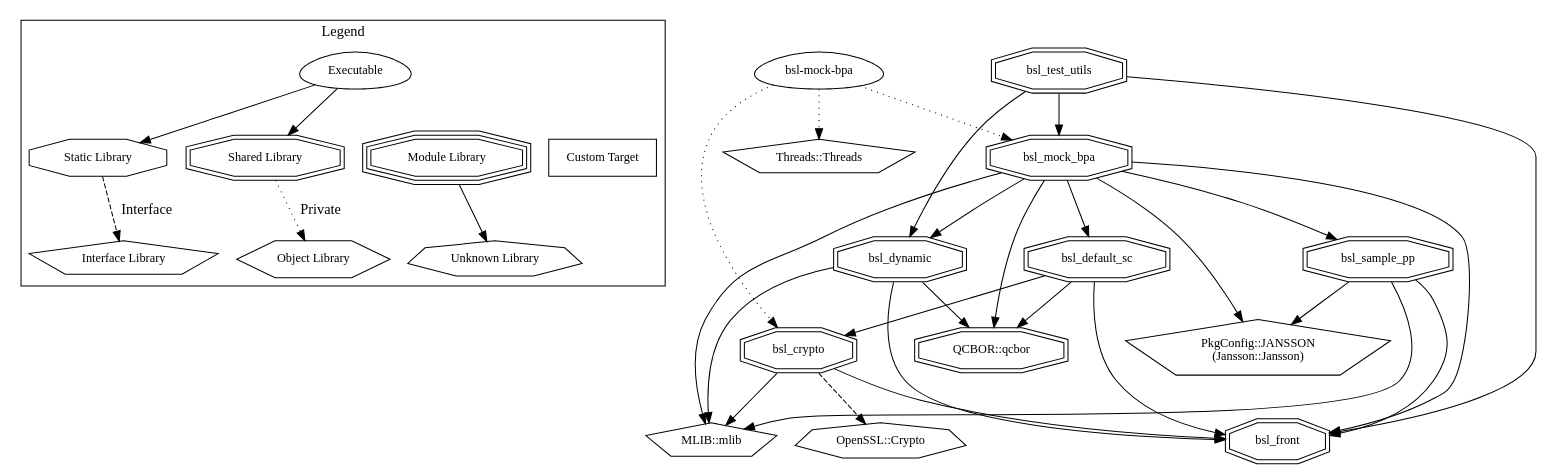
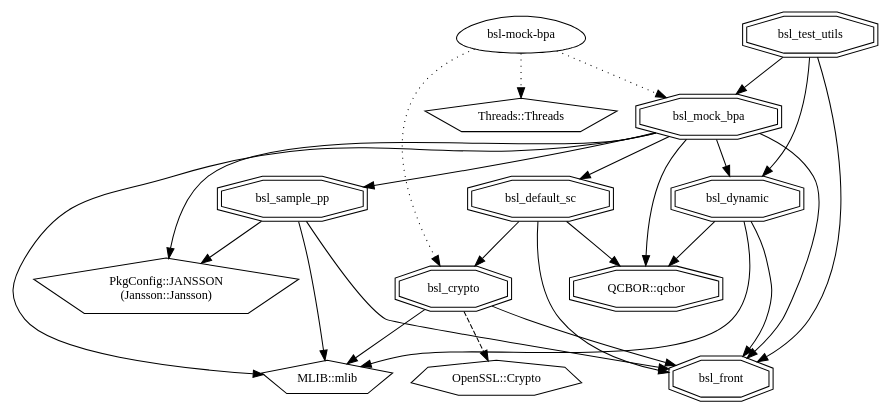
Before and after one commit to NASA-AMMOS/BSL-docs: the diagram in product-guide/images/dep_chart.dot, drawn with Graphviz. The commit also changed 16 other files, not shown here.

```diff
--- a/product-guide/images/dep_chart.dot
+++ b/product-guide/images/dep_chart.dot
@@ -1,63 +1,43 @@
 digraph "bsl" {
-node [
-  fontsize = "12"
-];
-subgraph clusterLegend {
-  label = "Legend";
-  color = black;
-  edge [ style = invis ];
-  legendNode0 [ label = "Executable", shape = egg ];
-  legendNode1 [ label = "Static Library", shape = octagon ];
-  legendNode2 [ label = "Shared Library", shape = doubleoctagon ];
-  legendNode3 [ label = "Module Library", shape = tripleoctagon ];
-  legendNode4 [ label = "Interface Library", shape = pentagon ];
-  legendNode5 [ label = "Object Library", shape = hexagon ];
-  legendNode6 [ label = "Unknown Library", shape = septagon ];
-  legendNode7 [ label = "Custom Target", shape = box ];
-  legendNode0 -> legendNode1 [ style = solid ];
-  legendNode0 -> legendNode2 [ style = solid ];
-  legendNode0 -> legendNode3;
-  legendNode1 -> legendNode4 [ label = "Interface", style = dashed ];
-  legendNode2 -> legendNode5 [ label = "Private", style = dotted ];
-  legendNode3 -> legendNode6 [ style = solid ];
-  legendNode0 -> legendNode7;
-}
+    node [
+      fontsize = "12"
+    ];
     "node0" [ label = "bsl-mock-bpa", shape = egg ];
     "node1" [ label = "Threads::Threads", shape = pentagon ];
     "node0" -> "node1" [ style = dotted ] // bsl-mock-bpa -> Threads::Threads
     "node2" [ label = "bsl_crypto", shape = doubleoctagon ];
     "node3" [ label = "MLIB::mlib", shape = pentagon ];
     "node2" -> "node3"  // bsl_crypto -> MLIB::mlib
     "node4" [ label = "OpenSSL::Crypto", shape = septagon ];
     "node2" -> "node4" [ style = dashed ] // bsl_crypto -> OpenSSL::Crypto
     "node5" [ label = "bsl_front", shape = doubleoctagon ];
     "node2" -> "node5"  // bsl_crypto -> bsl_front
     "node0" -> "node2" [ style = dotted ] // bsl-mock-bpa -> bsl_crypto
     "node6" [ label = "bsl_mock_bpa", shape = doubleoctagon ];
     "node6" -> "node3"  // bsl_mock_bpa -> MLIB::mlib
     "node7" [ label = "PkgConfig::JANSSON\n(Jansson::Jansson)", shape = pentagon ];
     "node6" -> "node7"  // bsl_mock_bpa -> PkgConfig::JANSSON
     "node8" [ label = "QCBOR::qcbor", shape = doubleoctagon ];
     "node6" -> "node8"  // bsl_mock_bpa -> QCBOR::qcbor
     "node9" [ label = "bsl_default_sc", shape = doubleoctagon ];
     "node9" -> "node8"  // bsl_default_sc -> QCBOR::qcbor
     "node9" -> "node2"  // bsl_default_sc -> bsl_crypto
     "node9" -> "node5"  // bsl_default_sc -> bsl_front
     "node6" -> "node9"  // bsl_mock_bpa -> bsl_default_sc
     "node10" [ label = "bsl_dynamic", shape = doubleoctagon ];
     "node10" -> "node3"  // bsl_dynamic -> MLIB::mlib
     "node10" -> "node8"  // bsl_dynamic -> QCBOR::qcbor
     "node10" -> "node5"  // bsl_dynamic -> bsl_front
     "node6" -> "node10"  // bsl_mock_bpa -> bsl_dynamic
     "node6" -> "node5"  // bsl_mock_bpa -> bsl_front
     "node11" [ label = "bsl_sample_pp", shape = doubleoctagon ];
     "node11" -> "node3"  // bsl_sample_pp -> MLIB::mlib
     "node11" -> "node7"  // bsl_sample_pp -> PkgConfig::JANSSON
     "node11" -> "node5"  // bsl_sample_pp -> bsl_front
     "node6" -> "node11"  // bsl_mock_bpa -> bsl_sample_pp
     "node0" -> "node6" [ style = dotted ] // bsl-mock-bpa -> bsl_mock_bpa
     "node12" [ label = "bsl_test_utils", shape = doubleoctagon ];
     "node12" -> "node10"  // bsl_test_utils -> bsl_dynamic
     "node12" -> "node5"  // bsl_test_utils -> bsl_front
     "node12" -> "node6"  // bsl_test_utils -> bsl_mock_bpa
 }
```
